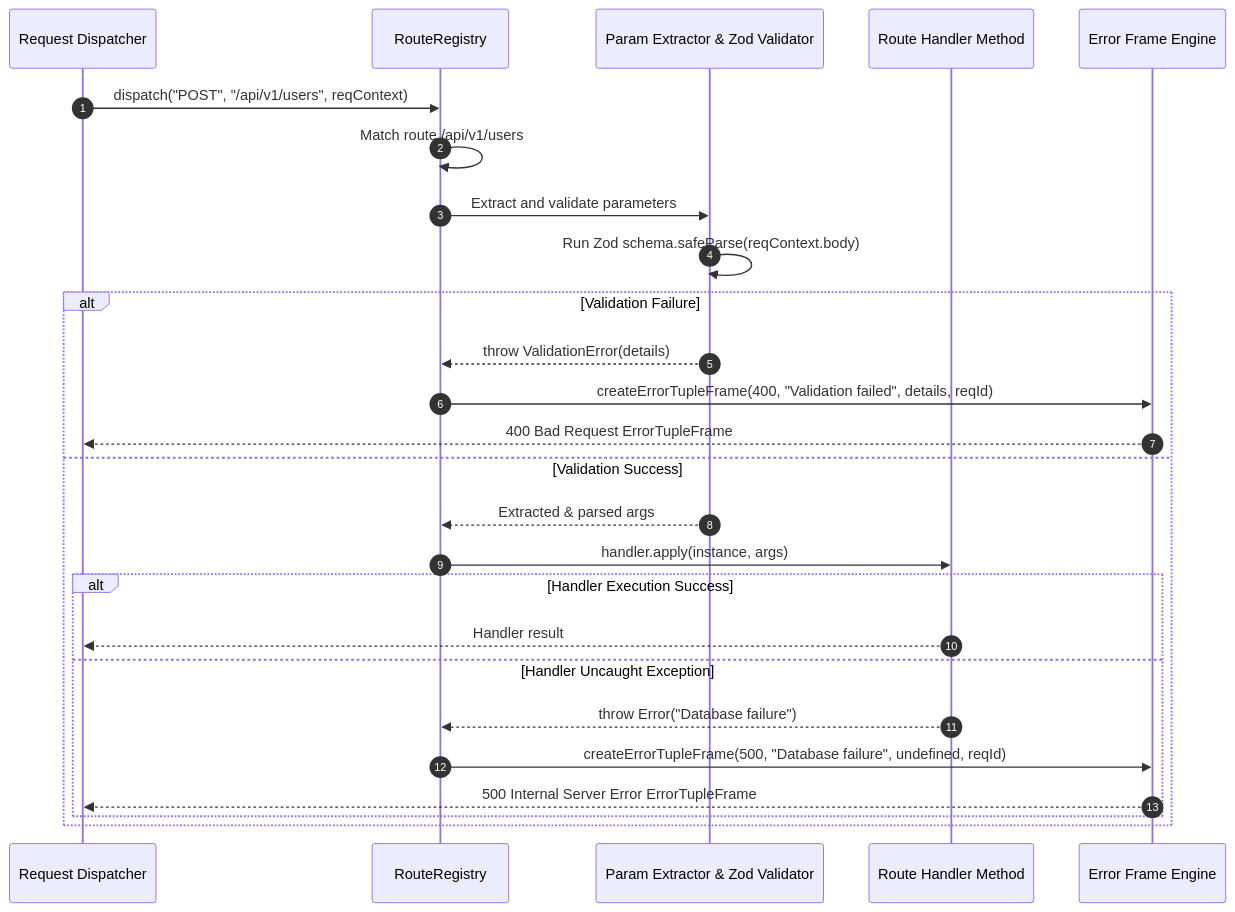
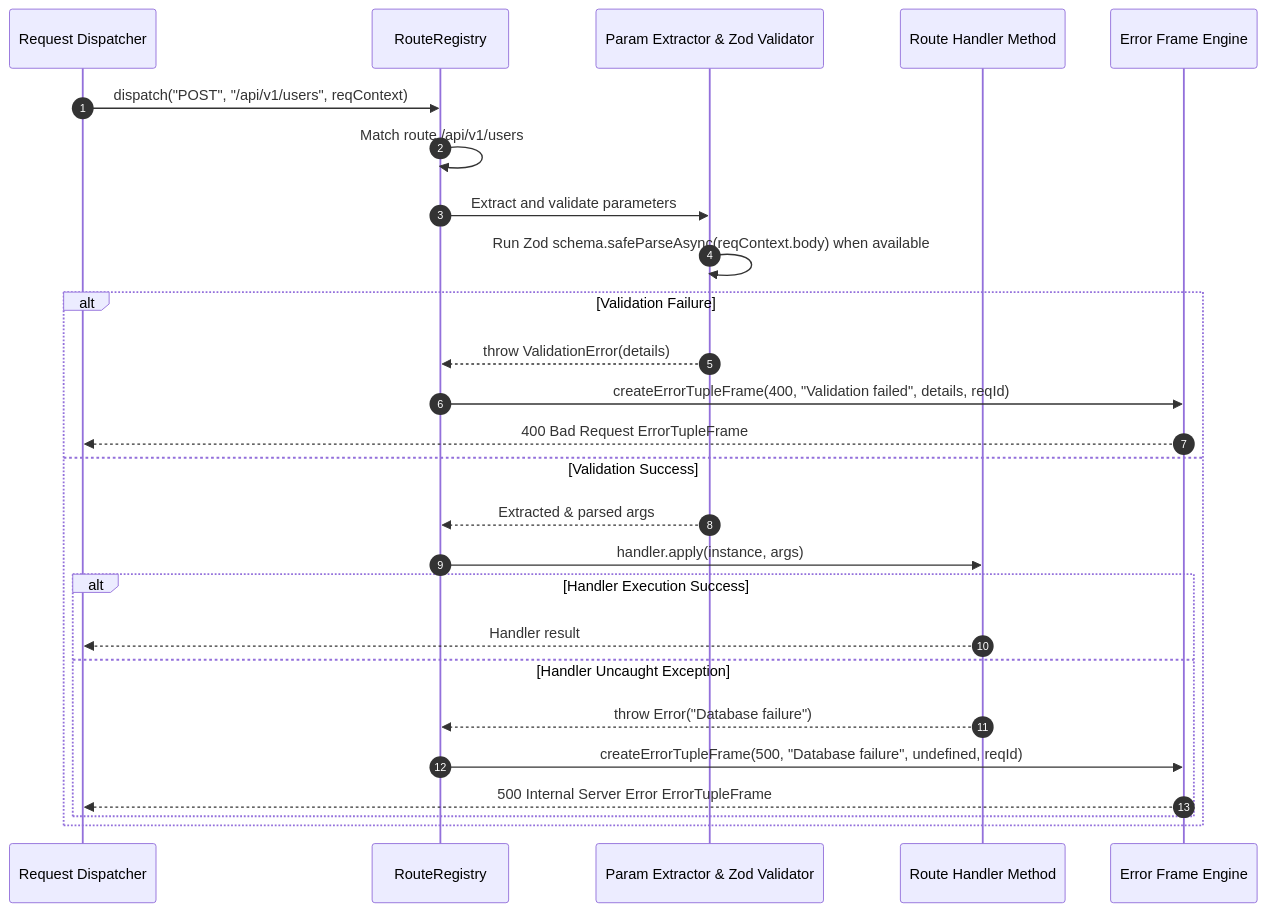
One commit to SujalChoudhari/bxios changed the fourth of 4 diagrams in packages/server/docs/issue-8-design.md. Above: the diagram before and after it, drawn with Mermaid. The commit also changed other lines of this file and 2 other files, not shown here.

Commit message:
fix(server): support async zod validation

````diff
--- a/packages/server/docs/issue-8-design.md
+++ b/packages/server/docs/issue-8-design.md
@@ -151,29 +151,29 @@
 ```mermaid
 sequenceDiagram
     autonumber
     participant Caller as Request Dispatcher
     participant Registry as RouteRegistry
     participant Extractor as Param Extractor & Zod Validator
     participant Handler as Route Handler Method
     participant ErrorEngine as Error Frame Engine
 
     Caller->>Registry: dispatch("POST", "/api/v1/users", reqContext)
     Registry->>Registry: Match route /api/v1/users
     Registry->>Extractor: Extract and validate parameters
-    Extractor->>Extractor: Run Zod schema.safeParse(reqContext.body)
+    Extractor->>Extractor: Run Zod schema.safeParseAsync(reqContext.body) when available
     alt Validation Failure
         Extractor-->>Registry: throw ValidationError(details)
         Registry->>ErrorEngine: createErrorTupleFrame(400, "Validation failed", details, reqId)
         ErrorEngine-->>Caller: 400 Bad Request ErrorTupleFrame
     else Validation Success
         Extractor-->>Registry: Extracted & parsed args
         Registry->>Handler: handler.apply(instance, args)
         alt Handler Execution Success
             Handler-->>Caller: Handler result
         else Handler Uncaught Exception
             Handler-->>Registry: throw Error("Database failure")
             Registry->>ErrorEngine: createErrorTupleFrame(500, "Database failure", undefined, reqId)
             ErrorEngine-->>Caller: 500 Internal Server Error ErrorTupleFrame
         end
     end
 ```
````
